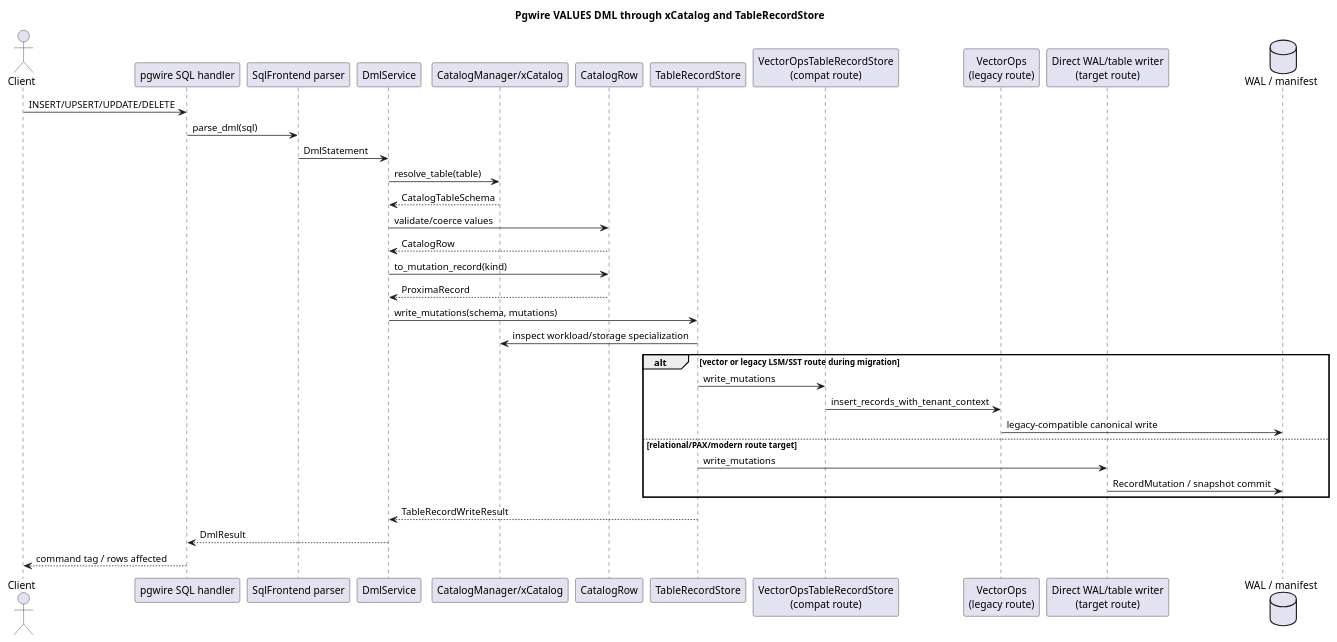
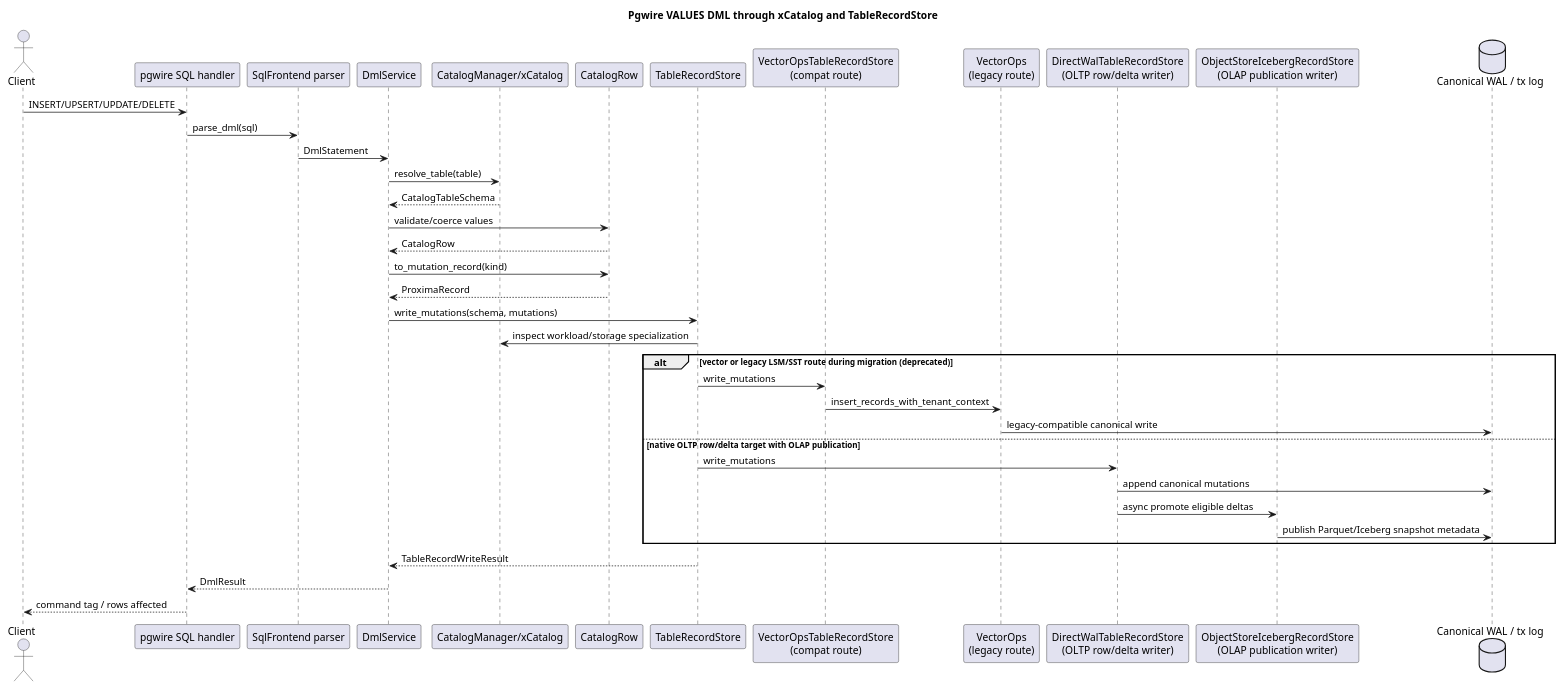
Before and after one commit to vjsingh1984/proximaDB: the second of 5 diagrams in docs/12-design/RELATIONAL_PGWIRE_DML_COMPUTE_BLUEPRINT_2026_05_20.adoc, drawn with PlantUML. The commit also changed other lines of this file and 20 other files, not shown here.

```diff
--- a/docs/12-design/RELATIONAL_PGWIRE_DML_COMPUTE_BLUEPRINT_2026_05_20.adoc
+++ b/docs/12-design/RELATIONAL_PGWIRE_DML_COMPUTE_BLUEPRINT_2026_05_20.adoc
@@ -174,41 +190,44 @@
 [source,plantuml]
 ----
 @startuml
 title Pgwire VALUES DML through xCatalog and TableRecordStore
 
 actor Client
 participant "pgwire SQL handler" as Pgwire
 participant "SqlFrontend parser" as Parser
 participant "DmlService" as DML
 participant "CatalogManager/xCatalog" as Catalog
 participant "CatalogRow" as Row
 participant "TableRecordStore" as Store
 participant "VectorOpsTableRecordStore\n(compat route)" as Compat
 participant "VectorOps\n(legacy route)" as VectorOps
-participant "Direct WAL/table writer\n(target route)" as Direct
-database "WAL / manifest" as WAL
+participant "DirectWalTableRecordStore\n(OLTP row/delta writer)" as Direct
+participant "ObjectStoreIcebergRecordStore\n(OLAP publication writer)" as Columnar
+database "Canonical WAL / tx log" as WAL
 
 Client -> Pgwire: INSERT/UPSERT/UPDATE/DELETE
 Pgwire -> Parser: parse_dml(sql)
 Parser -> DML: DmlStatement
 DML -> Catalog: resolve_table(table)
 Catalog --> DML: CatalogTableSchema
 DML -> Row: validate/coerce values
 Row --> DML: CatalogRow
 DML -> Row: to_mutation_record(kind)
 Row --> DML: ProximaRecord
 DML -> Store: write_mutations(schema, mutations)
 Store -> Catalog: inspect workload/storage specialization
-alt vector or legacy LSM/SST route during migration
+alt vector or legacy LSM/SST route during migration (deprecated)
   Store -> Compat: write_mutations
   Compat -> VectorOps: insert_records_with_tenant_context
   VectorOps -> WAL: legacy-compatible canonical write
-else relational/PAX/modern route target
+else native OLTP row/delta target with OLAP publication
   Store -> Direct: write_mutations
-  Direct -> WAL: RecordMutation / snapshot commit
+  Direct -> WAL: append canonical mutations
+  Direct -> Columnar: async promote eligible deltas
+  Columnar -> WAL: publish Parquet/Iceberg snapshot metadata
 end
 Store --> DML: TableRecordWriteResult
 DML --> Pgwire: DmlResult
 Pgwire --> Client: command tag / rows affected
 @enduml
 ----
```
